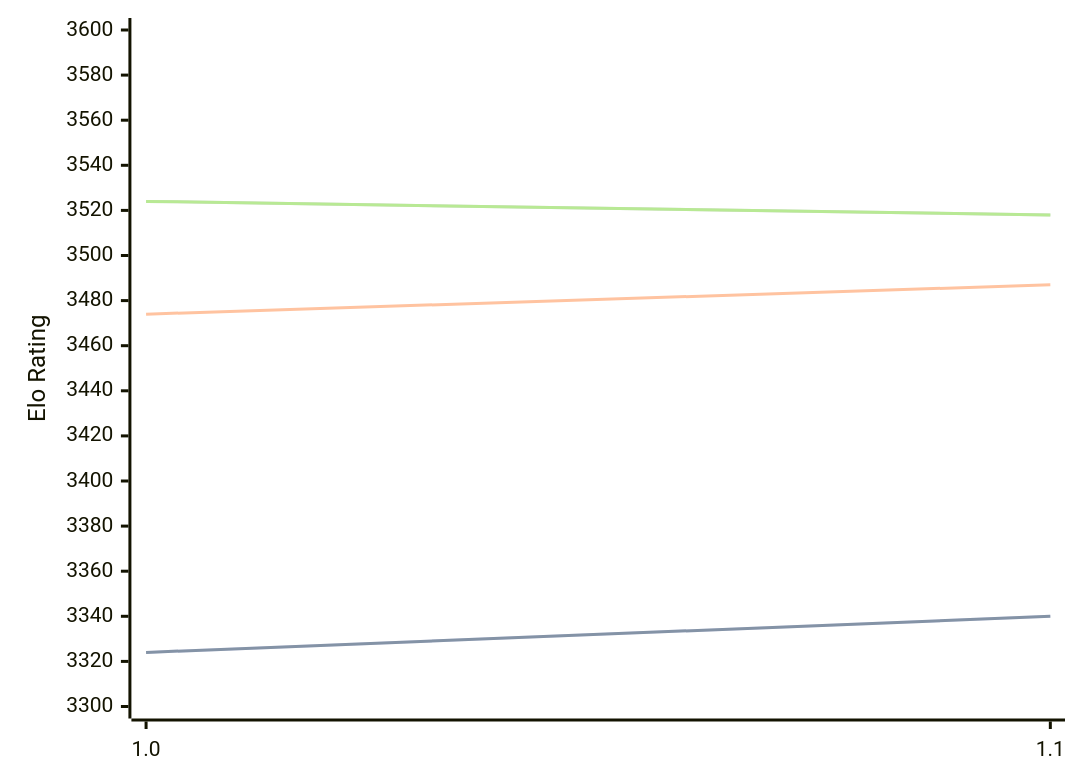
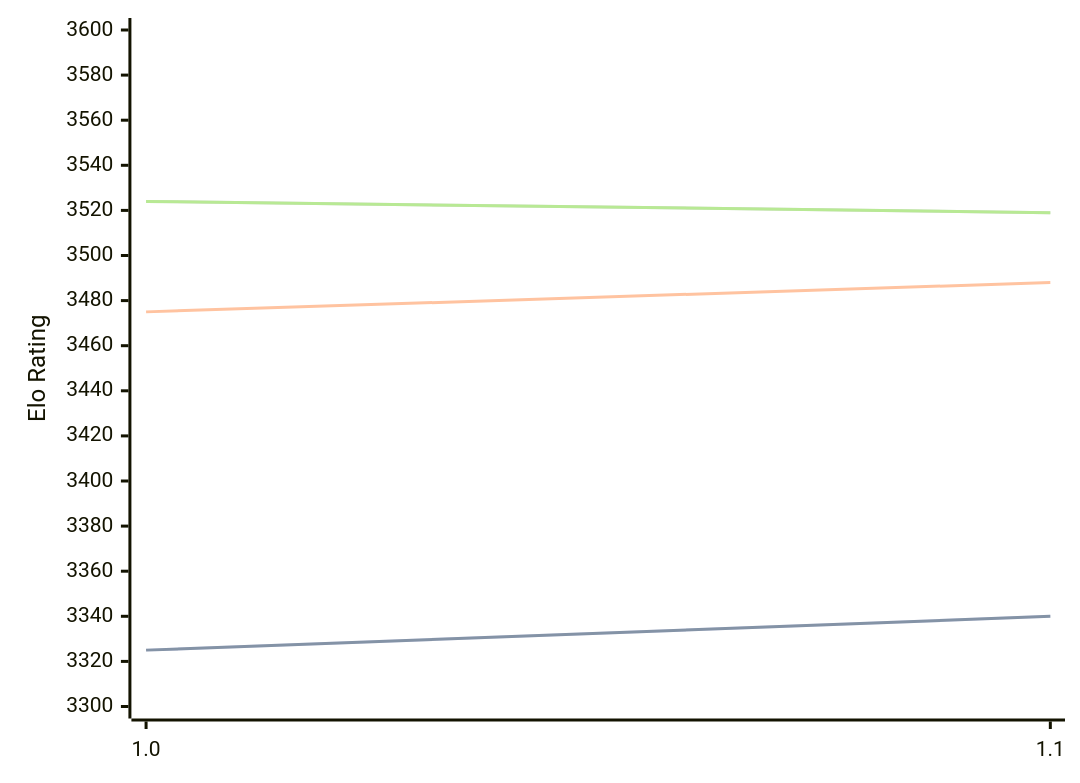
One commit to computer-chess-index/cci changed the diagram in engines/Horsie.md. Above: the diagram before and after it, drawn with Mermaid. The commit also changed other lines of this file, not shown here.

Commit message:
Update CCI Ratings (ELO VLTC) - 2026-08-05

````diff
--- a/engines/Horsie.md
+++ b/engines/Horsie.md
@@ -32,11 +32,11 @@
 ```mermaid
 %%{init: {"theme":"base","themeVariables":{"seriesColors:['#a3a3a3','#222221','#faa371']}}}%%
 xychart-beta
   x-axis ["1.0", "1.1"]
   y-axis "Elo Rating" 3300 --> 3600
-  line "STC (8.0+0.08s)" [3324, 3340]
-  line "STC (8.0+0.08s)" [3324, 3340]
-  line "LTC (60.0+0.60s)" [3474, 3487]
-  line "VLTC (2m24s+1.12s)" [3524, 3518]
-  line "VLTC (2m24s+1.12s)" [3524, 3518]
+  line "STC (8.0+0.08s)" [3325, 3340]
+  line "STC (8.0+0.08s)" [3325, 3340]
+  line "LTC (60.0+0.60s)" [3475, 3488]
+  line "VLTC (2m24s+1.12s)" [3524, 3519]
+  line "VLTC (2m24s+1.12s)" [3524, 3519]
 ```
````
